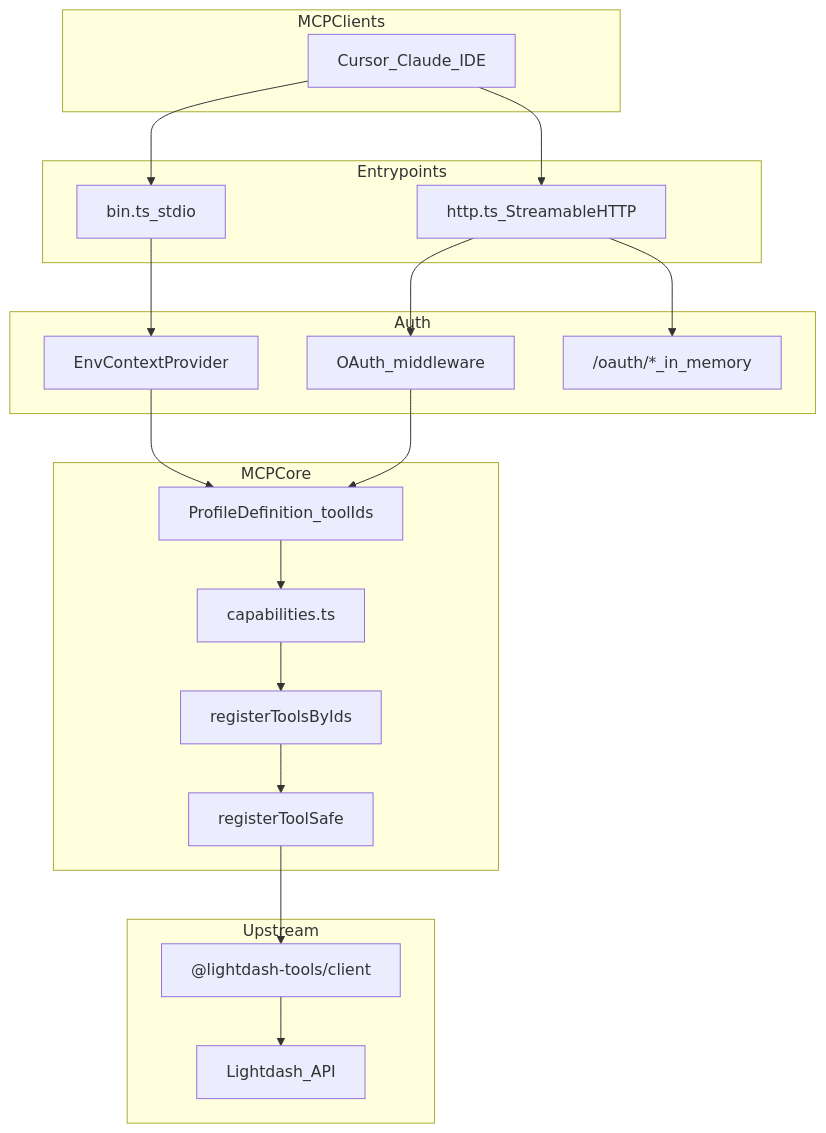
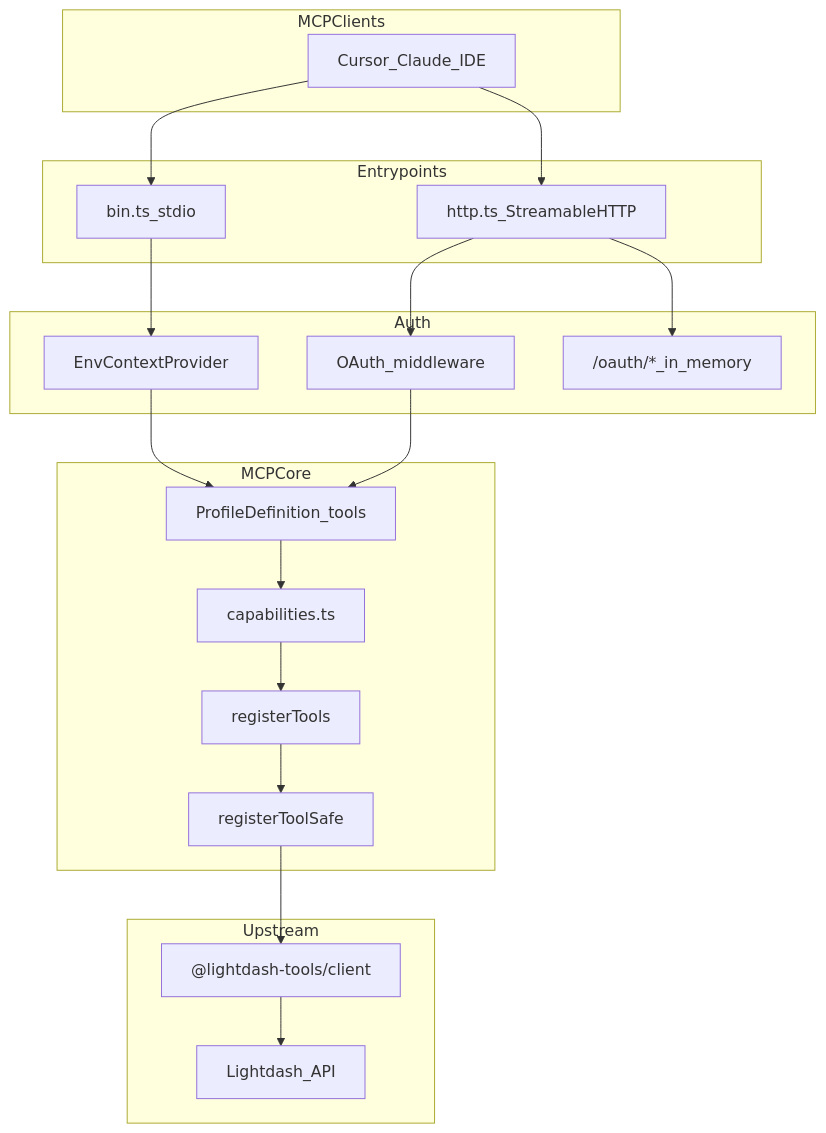
The first of 5 diagrams in packages/mcp/CONTRIBUTING.md (yu-iskw/lightdash-tools), drawn with Mermaid before and after one commit. The commit also changed other lines of this file and 145 other files, not shown here.

````diff
--- a/packages/mcp/CONTRIBUTING.md
+++ b/packages/mcp/CONTRIBUTING.md
@@ -28,39 +28,39 @@
 ```mermaid
 flowchart TB
   subgraph clients [MCPClients]
     IDE[Cursor_Claude_IDE]
   end
 
   subgraph entry [Entrypoints]
     Bin[bin.ts_stdio]
     Http[http.ts_StreamableHTTP]
   end
 
   subgraph authLayer [Auth]
     PAT[EnvContextProvider]
     OAuthMW[OAuth_middleware]
     OAuthBroker["/oauth/*_in_memory"]
   end
 
   subgraph mcpCore [MCPCore]
-    Profile[ProfileDefinition_toolIds]
+    Profile[ProfileDefinition_tools]
     Cap[capabilities.ts]
-    Registry[registerToolsByIds]
+    Registry[registerTools]
     Safe[registerToolSafe]
   end
 
   subgraph upstream [Upstream]
     ClientPkg["@lightdash-tools/client"]
     LD[Lightdash_API]
   end
 
   IDE --> Bin
   IDE --> Http
   Bin --> PAT
   Http --> OAuthMW
   Http --> OAuthBroker
   OAuthMW --> Profile
   PAT --> Profile
   Profile --> Cap --> Registry --> Safe
   Safe --> ClientPkg --> LD
 ```
````
